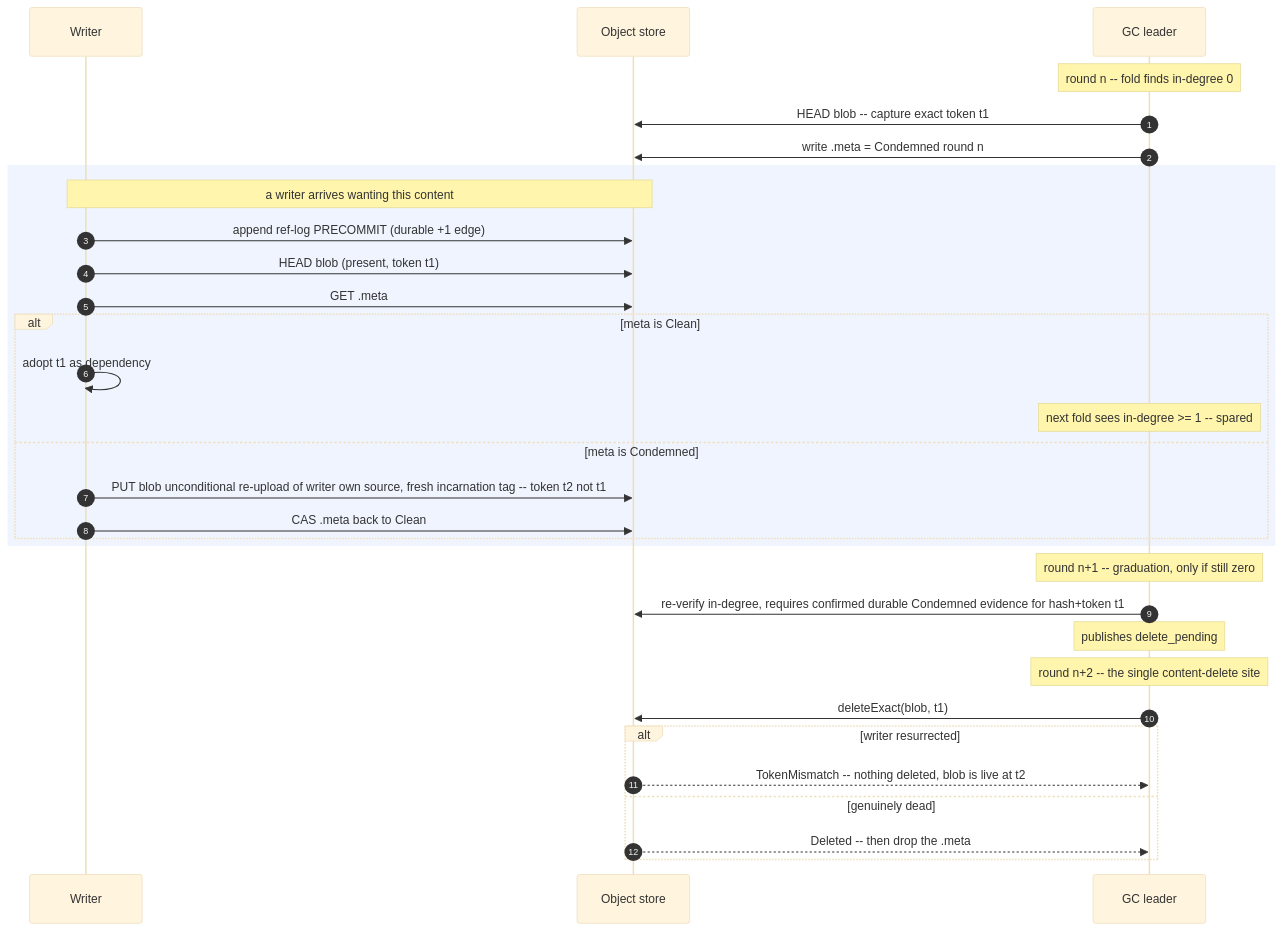
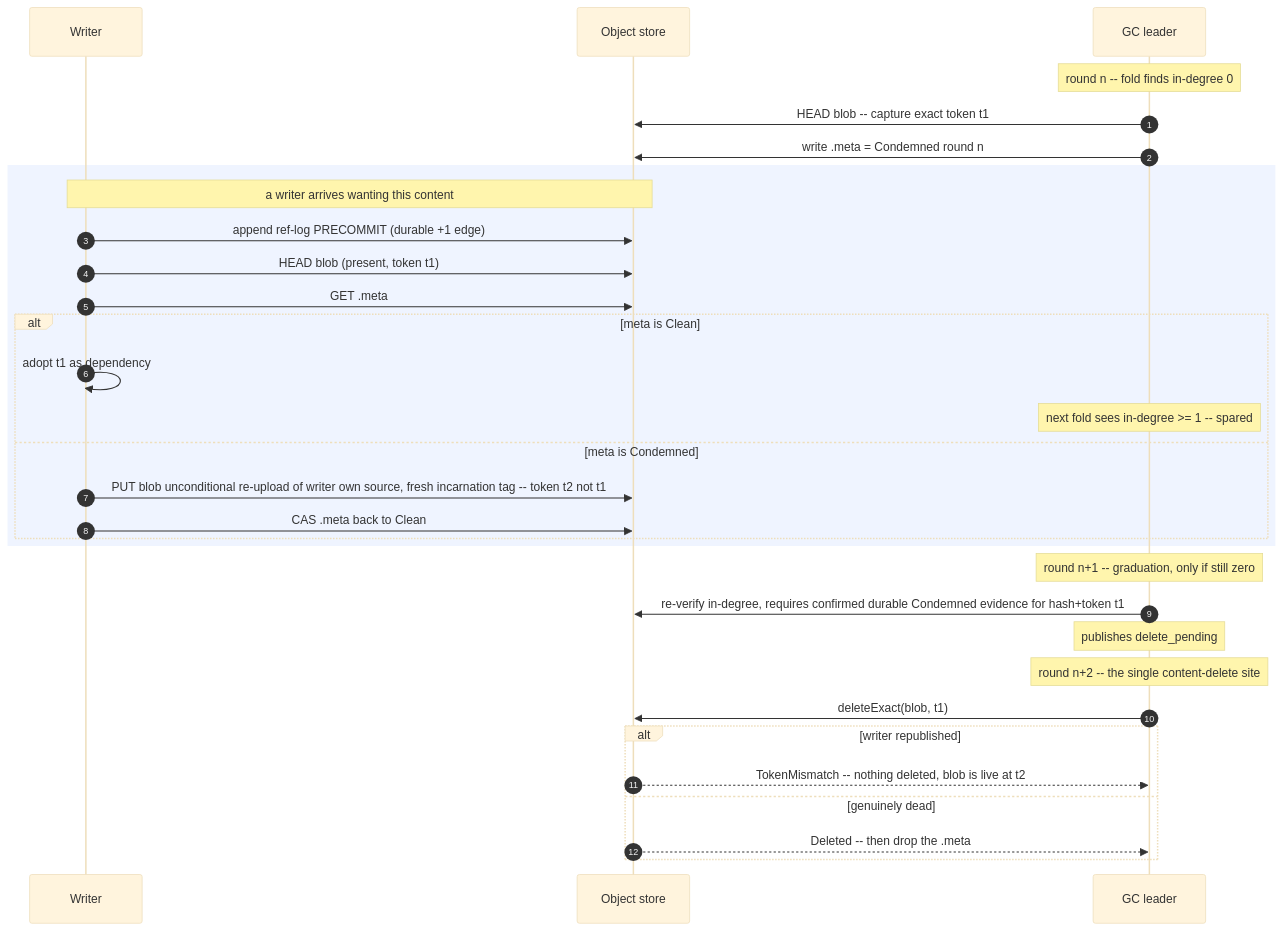
Before and after one commit to Altinity/ClickHouse: the second of 2 diagrams in docs/en/antalya/cas/architecture/blob-protocol.md, drawn with Mermaid (base theme). The commit also changed other lines of this file and 24 other files, not shown here.

````diff
--- a/docs/en/antalya/cas/architecture/blob-protocol.md
+++ b/docs/en/antalya/cas/architecture/blob-protocol.md
@@ -105,37 +118,37 @@
 ```mermaid
 sequenceDiagram
     autonumber
     participant W as Writer
     participant S3 as Object store
     participant GC as GC leader
 
     Note over GC: round n -- fold finds in-degree 0
     GC->>S3: HEAD blob -- capture exact token t1
     GC->>S3: write .meta = Condemned round n
 
     rect rgba(120,160,255,0.12)
     Note over W,S3: a writer arrives wanting this content
     W->>S3: append ref-log PRECOMMIT (durable +1 edge)
     W->>S3: HEAD blob (present, token t1)
     W->>S3: GET .meta
     alt meta is Clean
         W->>W: adopt t1 as dependency
         Note over GC: next fold sees in-degree >= 1 -- spared
     else meta is Condemned
         W->>S3: PUT blob unconditional re-upload of writer own source, fresh incarnation tag -- token t2 not t1
         W->>S3: CAS .meta back to Clean
     end
     end
 
     Note over GC: round n+1 -- graduation, only if still zero
     GC->>S3: re-verify in-degree, requires confirmed durable Condemned evidence for hash+token t1
     Note over GC: publishes delete_pending
 
     Note over GC: round n+2 -- the single content-delete site
     GC->>S3: deleteExact(blob, t1)
-    alt writer resurrected
+    alt writer republished
         S3-->>GC: TokenMismatch -- nothing deleted, blob is live at t2
     else genuinely dead
         S3-->>GC: Deleted -- then drop the .meta
     end
 ```
````
